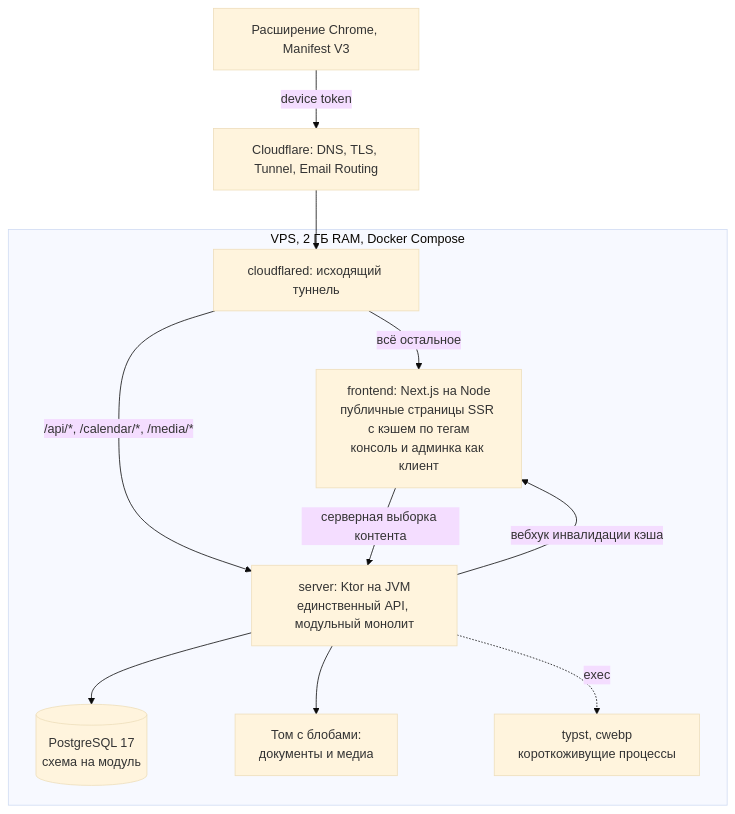
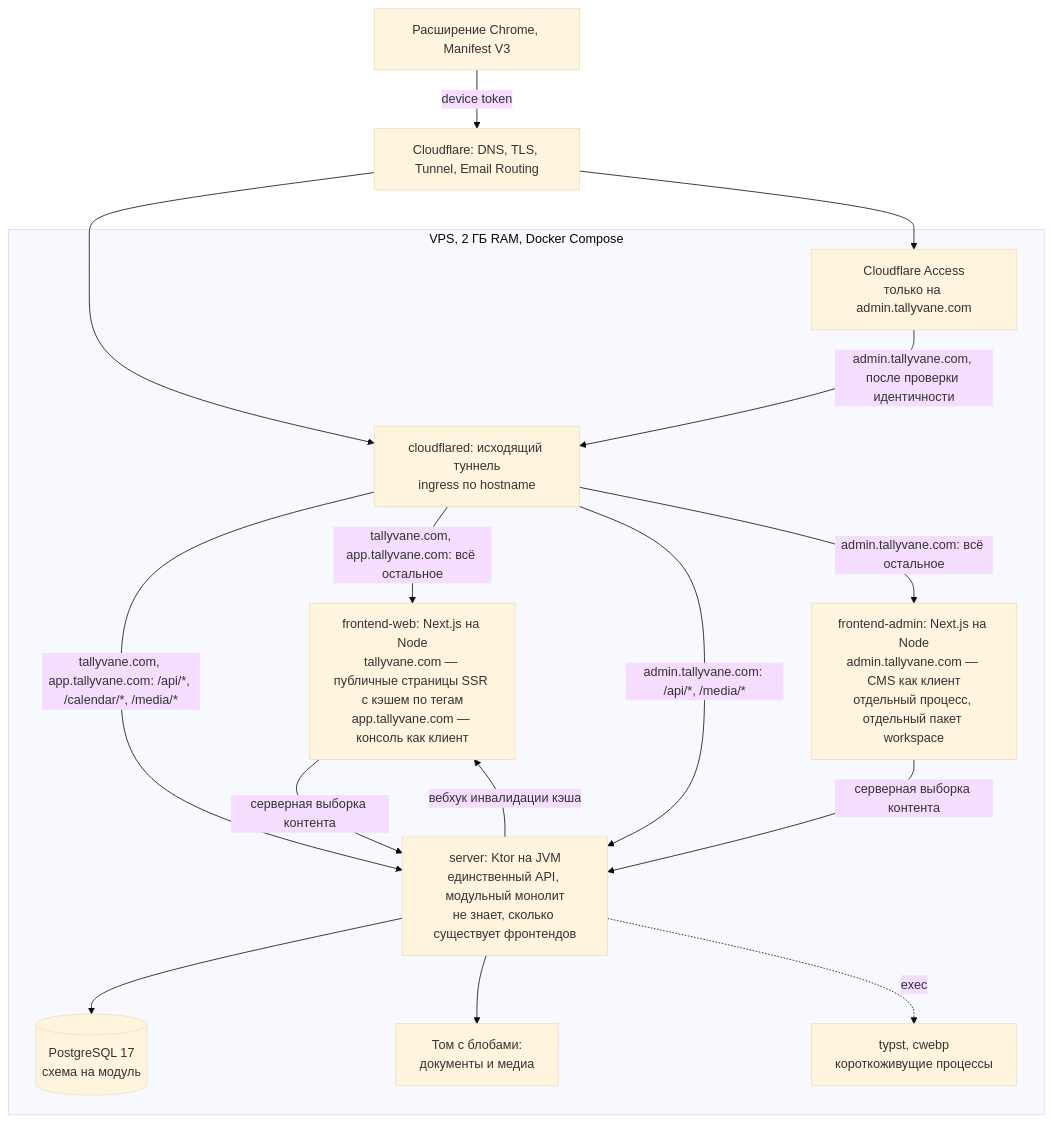
The fourth of 16 diagrams in ARCHITECTURE.md (yuriisurzhykov/Tallyvane), drawn with Mermaid (base theme) before and after one commit. The commit also changed other lines of this file and 169 other files, not shown here.

Commit message:
feat: migrate to separate admin and web processes and fix source packages

````diff
--- a/ARCHITECTURE.md
+++ b/ARCHITECTURE.md
@@ -225,23 +230,30 @@
 ```mermaid
 flowchart TB
     subgraph vps ["VPS, 2 ГБ RAM, Docker Compose"]
-        Next["frontend: Next.js на Node<br/>публичные страницы SSR с кэшем по тегам<br/>консоль и админка как клиент"]
-        Ktor["server: Ktor на JVM<br/>единственный API, модульный монолит"]
+        NextWeb["frontend-web: Next.js на Node<br/>tallyvane.com — публичные страницы SSR с кэшем по тегам<br/>app.tallyvane.com — консоль как клиент"]
+        NextAdmin["frontend-admin: Next.js на Node<br/>admin.tallyvane.com — CMS как клиент<br/>отдельный процесс, отдельный пакет workspace"]
+        Ktor["server: Ktor на JVM<br/>единственный API, модульный монолит<br/>не знает, сколько существует фронтендов"]
         DB[("PostgreSQL 17<br/>схема на модуль")]
         Files["Том с блобами:<br/>документы и медиа"]
-        Tunnel["cloudflared: исходящий туннель"]
+        Tunnel["cloudflared: исходящий туннель<br/>ingress по hostname"]
+        Access["Cloudflare Access<br/>только на admin.tallyvane.com"]
         Tools["typst, cwebp<br/>короткоживущие процессы"]
     end
     CF["Cloudflare: DNS, TLS, Tunnel, Email Routing"]
     Ext["Расширение Chrome, Manifest V3"]
 
     Ext -->|"device token"| CF
     CF --> Tunnel
-    Tunnel -->|"/api/*, /calendar/*, /media/*"| Ktor
-    Tunnel -->|"всё остальное"| Next
-    Next -->|"серверная выборка контента"| Ktor
-    Ktor -->|"вебхук инвалидации кэша"| Next
+    CF --> Access
+    Tunnel -->|"tallyvane.com, app.tallyvane.com: /api/*, /calendar/*, /media/*"| Ktor
+    Tunnel -->|"tallyvane.com, app.tallyvane.com: всё остальное"| NextWeb
+    Access -->|"admin.tallyvane.com, после проверки идентичности"| Tunnel
+    Tunnel -->|"admin.tallyvane.com: /api/*, /media/*"| Ktor
+    Tunnel -->|"admin.tallyvane.com: всё остальное"| NextAdmin
+    NextWeb -->|"серверная выборка контента"| Ktor
+    NextAdmin -->|"серверная выборка контента"| Ktor
+    Ktor -->|"вебхук инвалидации кэша"| NextWeb
     Ktor --> DB
     Ktor --> Files
     Ktor -.->|"exec"| Tools
 ```
````
